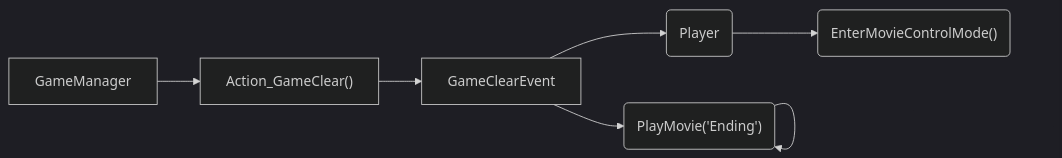
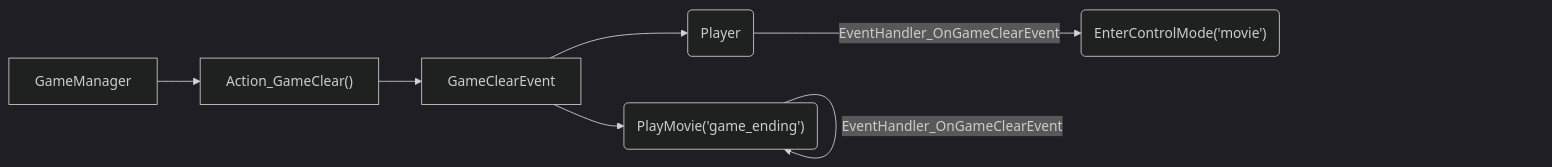
The second of 2 diagrams in EventFlow.md (gsg-jay/GamePatterns), drawn with Mermaid (dark theme) before and after one commit.

````diff
--- a/EventFlow.md
+++ b/EventFlow.md
@@ -16,8 +16,8 @@
 ```mermaid
 flowchart LR;
 gm["GameManager"]
 gm-->gc["Action_GameClear()"]
 gc-->e["GameClearEvent"]
-e-->mvm("MovieManager")-->mvm("PlayMovie('Ending')")
-e-->p("Player")-->peh("EnterMovieControlMode()")
+e-->mvm("MovieManager")-->|EventHandler_OnGameClearEvent|mvm("PlayMovie('game_ending')")
+e-->p("Player")-->|EventHandler_OnGameClearEvent|peh("EnterControlMode('movie')")
 ```
````
